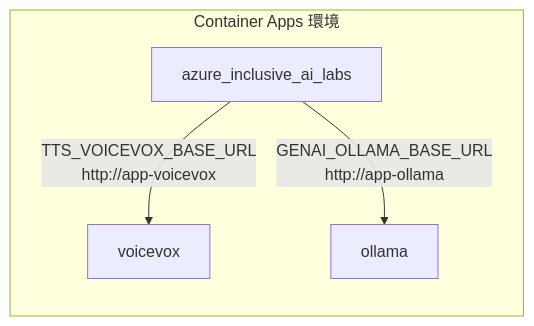
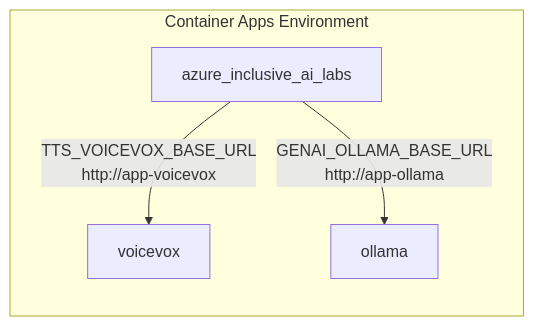
Before and after one commit to ks6088ts/template-terraform: the ninth of 12 diagrams in infra/scenarios/azure_inclusive_ai_labs/README.md, drawn with Mermaid. The commit also changed other lines of this file and 28 other files, not shown here.

````diff
--- a/infra/scenarios/azure_inclusive_ai_labs/README.md
+++ b/infra/scenarios/azure_inclusive_ai_labs/README.md
@@ -525,11 +529,11 @@
 ```mermaid
 flowchart LR
-    subgraph CAE["Container Apps 環境"]
+    subgraph CAE["Container Apps Environment"]
         IAL["azure_inclusive_ai_labs"]
         VV["voicevox"]
         OL["ollama"]
 
         IAL -->|"TTS_VOICEVOX_BASE_URL<br/>http://app-voicevox"| VV
         IAL -->|"GENAI_OLLAMA_BASE_URL<br/>http://app-ollama"| OL
     end
 ```
````
